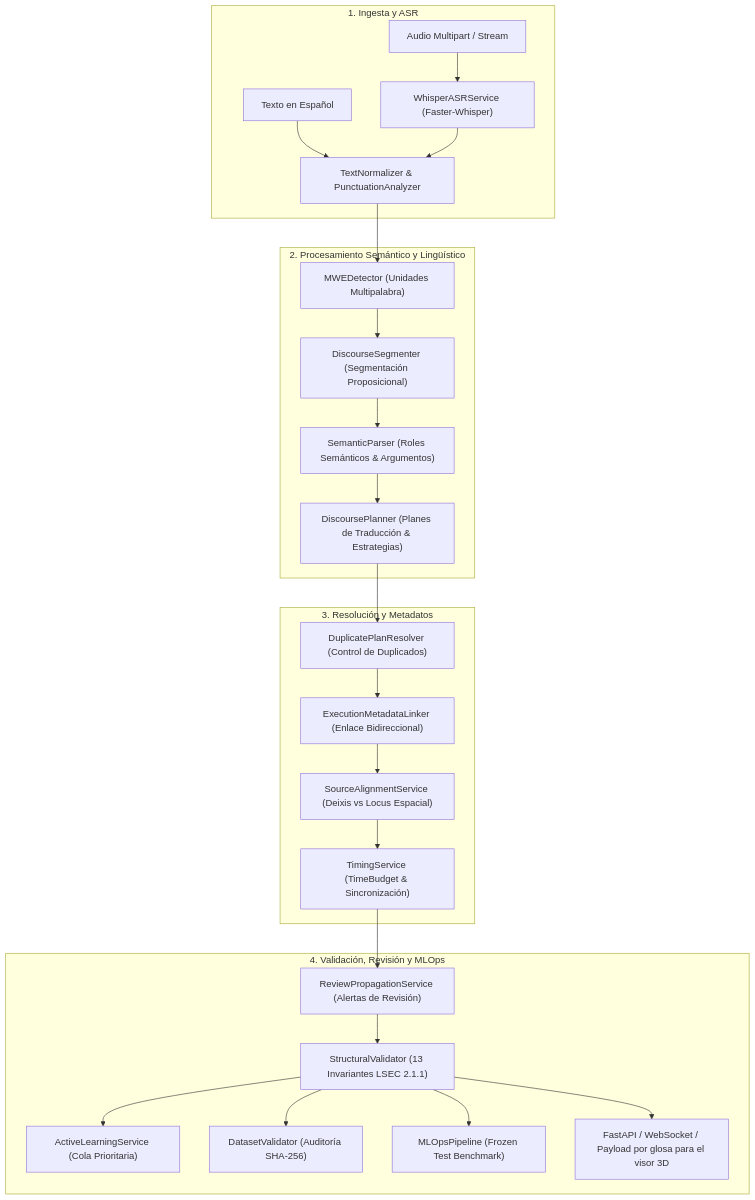
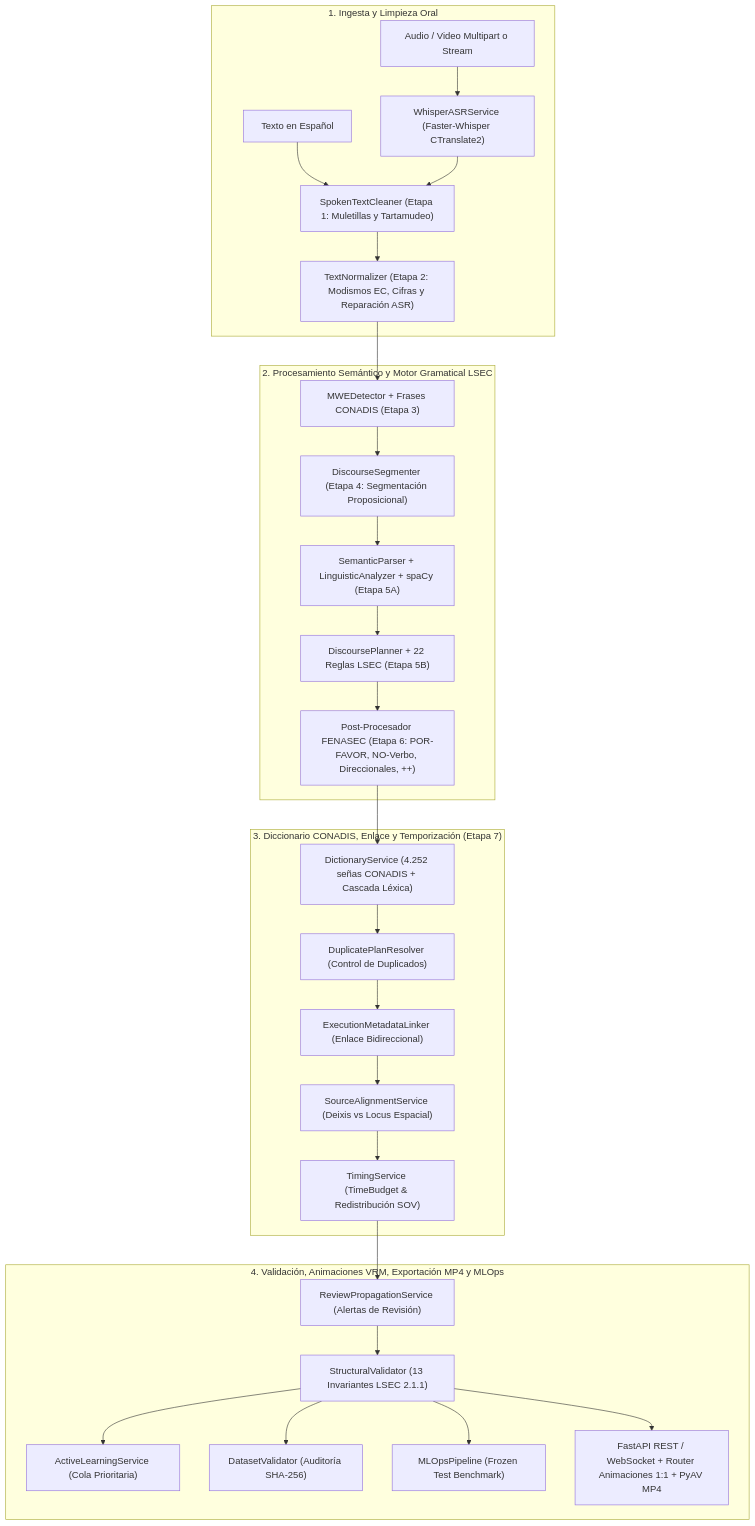
One commit to BrandonVol3/lsec-translator changed the first of 3 diagrams in docs/DOCUMENTACION_SISTEMA_BACKEND_FRONTEND.md. Above: the diagram before and after it, drawn with Mermaid. The commit also changed other lines of this file and 578 other files, not shown here.

````diff
--- a/docs/DOCUMENTACION_SISTEMA_BACKEND_FRONTEND.md
+++ b/docs/DOCUMENTACION_SISTEMA_BACKEND_FRONTEND.md
@@ -12,31 +15,34 @@
 ```mermaid
 graph TD
-    subgraph INGESTION["1. Ingesta y ASR"]
-        Audio["Audio Multipart / Stream"] --> WhisperASR["WhisperASRService (Faster-Whisper)"]
-        Texto["Texto en Español"] --> Normalizer["TextNormalizer & PunctuationAnalyzer"]
-        WhisperASR --> Normalizer
+    subgraph INGESTION["1. Ingesta y Limpieza Oral"]
+        Audio["Audio / Video Multipart o Stream"] --> WhisperASR["WhisperASRService (Faster-Whisper CTranslate2)"]
+        Texto["Texto en Español"] --> Cleaner["SpokenTextCleaner (Etapa 1: Muletillas y Tartamudeo)"]
+        WhisperASR --> Cleaner
+        Cleaner --> Normalizer["TextNormalizer (Etapa 2: Modismos EC, Cifras y Reparación ASR)"]
     end
 
-    subgraph NLP_CORE["2. Procesamiento Semántico y Lingüístico"]
-        Normalizer --> MWE["MWEDetector (Unidades Multipalabra)"]
-        MWE --> Segmenter["DiscourseSegmenter (Segmentación Proposicional)"]
-        Segmenter --> SemanticParser["SemanticParser (Roles Semánticos & Argumentos)"]
-        SemanticParser --> Planner["DiscoursePlanner (Planes de Traducción & Estrategias)"]
+    subgraph NLP_CORE["2. Procesamiento Semántico y Motor Gramatical LSEC"]
+        Normalizer --> MWE["MWEDetector + Frases CONADIS (Etapa 3)"]
+        MWE --> Segmenter["DiscourseSegmenter (Etapa 4: Segmentación Proposicional)"]
+        Segmenter --> SemanticParser["SemanticParser + LinguisticAnalyzer + spaCy (Etapa 5A)"]
+        SemanticParser --> Planner["DiscoursePlanner + 22 Reglas LSEC (Etapa 5B)"]
+        Planner --> Fenasec["Post-Procesador FENASEC (Etapa 6: POR-FAVOR, NO-Verbo, Direccionales, ++)"]
     end
 
-    subgraph RESOLUTION_LINKING["3. Resolución y Metadatos"]
-        Planner --> DuplicateResolver["DuplicatePlanResolver (Control de Duplicados)"]
+    subgraph RESOLUTION_LINKING["3. Diccionario CONADIS, Enlace y Temporización (Etapa 7)"]
+        Fenasec --> DictService["DictionaryService (4.252 señas CONADIS + Cascada Léxica)"]
+        DictService --> DuplicateResolver["DuplicatePlanResolver (Control de Duplicados)"]
         DuplicateResolver --> MetadataLinker["ExecutionMetadataLinker (Enlace Bidireccional)"]
         MetadataLinker --> Alignment["SourceAlignmentService (Deixis vs Locus Espacial)"]
-        Alignment --> Timing["TimingService (TimeBudget & Sincronización)"]
+        Alignment --> Timing["TimingService (TimeBudget & Redistribución SOV)"]
     end
 
-    subgraph VALIDATION_MLOPS["4. Validación, Revisión y MLOps"]
+    subgraph VALIDATION_MLOPS["4. Validación, Animaciones VRM, Exportación MP4 y MLOps"]
         Timing --> ReviewService["ReviewPropagationService (Alertas de Revisión)"]
         ReviewService --> Validator["StructuralValidator (13 Invariantes LSEC 2.1.1)"]
         Validator --> ActiveLearning["ActiveLearningService (Cola Prioritaria)"]
         Validator --> DatasetValidator["DatasetValidator (Auditoría SHA-256)"]
         Validator --> MLOps["MLOpsPipeline (Frozen Test Benchmark)"]
-        Validator --> Outputs["FastAPI / WebSocket / Payload por glosa para el visor 3D"]
+        Validator --> Outputs["FastAPI REST / WebSocket + Router Animaciones 1:1 + PyAV MP4"]
     end
 ```
````
